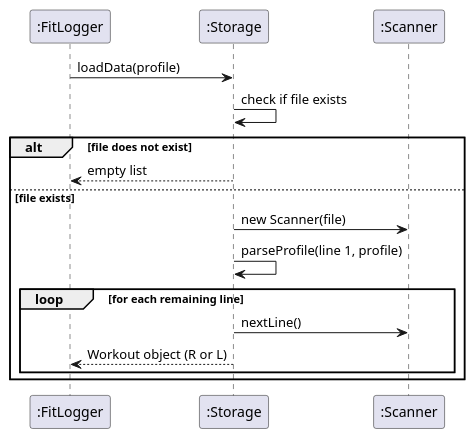
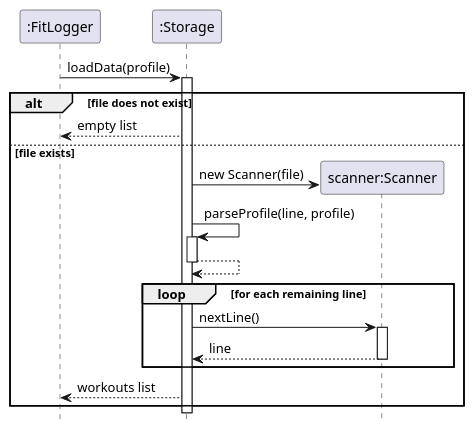
Before and after one commit to AY2526S2-CS2113-F09-1/tp: the diagram in docs/diagrams/LoadDataSequenceDiagram.puml, drawn with PlantUML. The commit also changed 11 other files, not shown here.

Commit message:
Standardise UML diagrams

```diff
--- a/docs/diagrams/LoadDataSequenceDiagram.puml
+++ b/docs/diagrams/LoadDataSequenceDiagram.puml
@@ -1,18 +1,32 @@
 @startuml
+hide footbox
+
 participant ":FitLogger" as FL
 participant ":Storage" as ST
-participant ":Scanner" as SC
+participant "scanner:Scanner" as SC
 
 FL -> ST : loadData(profile)
-ST -> ST : check if file exists
+activate ST
+
 alt file does not exist
     ST --> FL : empty list
 else file exists
-    ST -> SC : new Scanner(file)
-    ST -> ST : parseProfile(line 1, profile)
+    ST -> SC ** : new Scanner(file)
+
+    ST -> ST : parseProfile(line, profile)
+    activate ST
+    ST --> ST
+    deactivate ST
+
     loop for each remaining line
         ST -> SC : nextLine()
-        ST --> FL : Workout object (R or L)
+        activate SC
+        SC --> ST : line
+        deactivate SC
     end
+
+    ST --> FL : workouts list
 end
+
+deactivate ST
 @enduml
```
